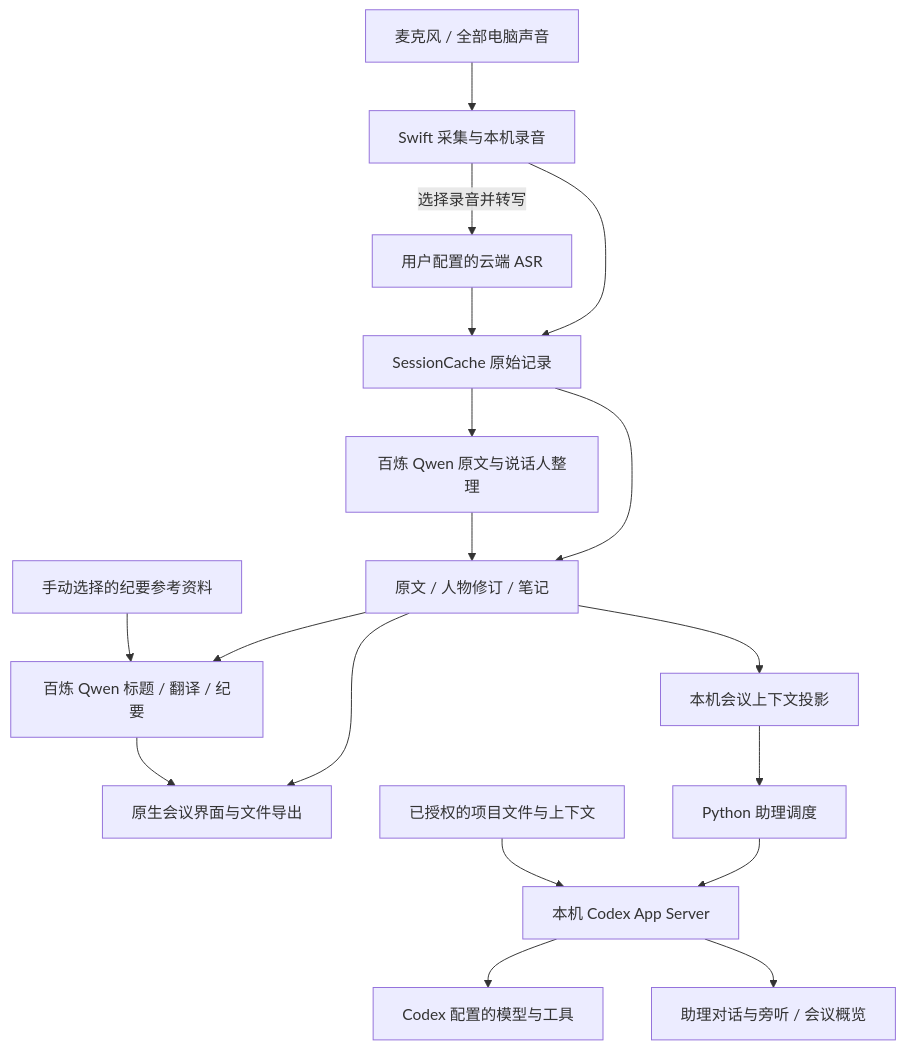
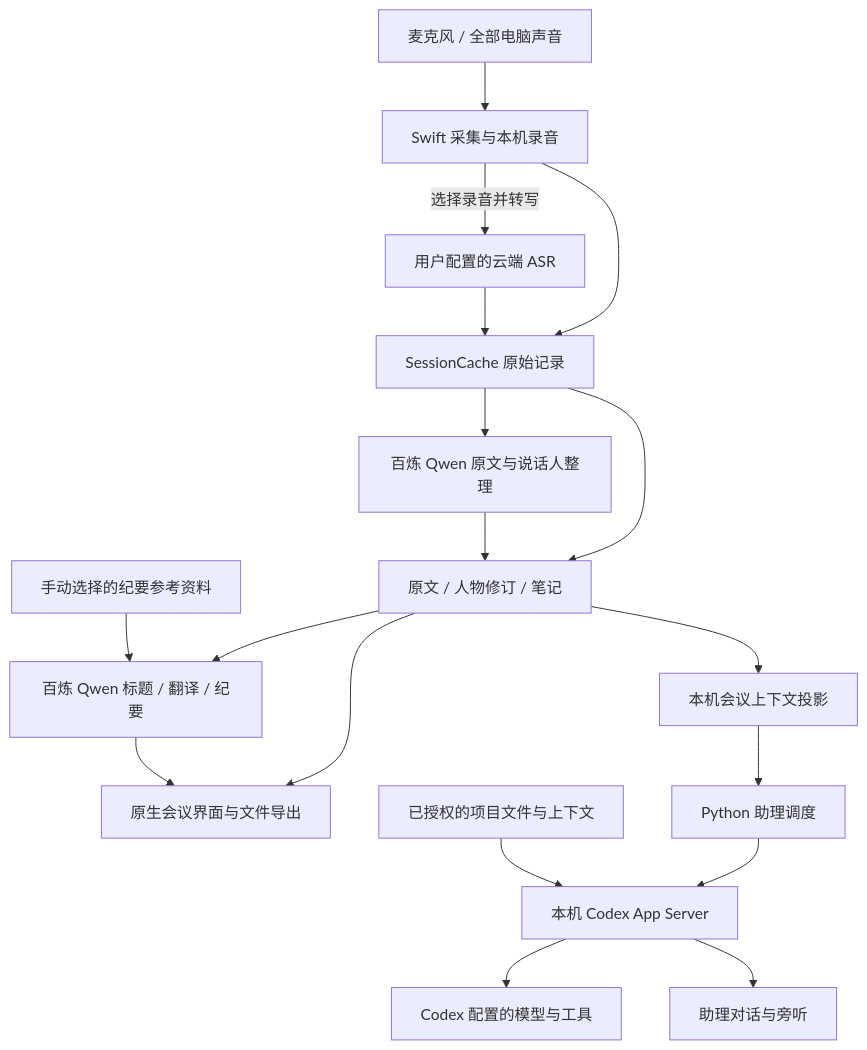
Before and after one commit to JoeSangAI/zaichang: the diagram in docs/ARCHITECTURE.md, drawn with Mermaid. The commit also changed other lines of this file and 18 other files, not shown here.

````diff
--- a/docs/ARCHITECTURE.md
+++ b/docs/ARCHITECTURE.md
@@ -5,20 +5,20 @@
 ```mermaid
 flowchart TD
     A[麦克风 / 全部电脑声音] --> B[Swift 采集与本机录音]
     B --> C[SessionCache 原始记录]
     B -->|选择录音并转写| D[用户配置的云端 ASR]
     D --> C
     C --> E[原文 / 人物修订 / 笔记]
     E --> F[原生会议界面与文件导出]
     E --> M[百炼 Qwen 标题 / 翻译 / 纪要]
     N[手动选择的纪要参考资料] --> M
     C --> O[百炼 Qwen 原文与说话人整理]
     O --> E
     M --> F
     E --> G[本机会议上下文投影]
     G --> H[Python 助理调度]
     H --> I[本机 Codex App Server]
     I --> J[Codex 配置的模型与工具]
     K[已授权的项目文件与上下文] --> I
-    I --> L[助理对话与旁听 / 会议概览]
+    I --> L[助理对话与旁听]
 ```
````
